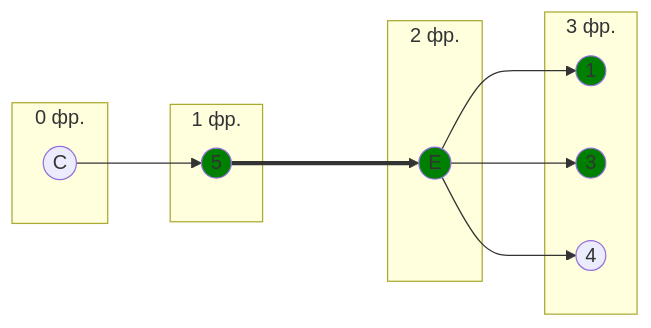
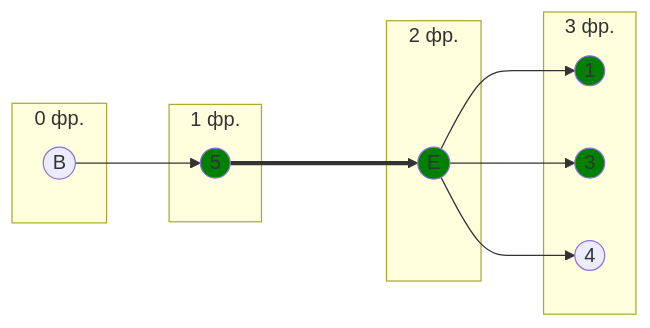
The fifth of 10 diagrams in Задание 14/qwerty.md (hse-algo-psapr-25/manual-tasks), drawn with Mermaid before and after one commit. The commit also changed other lines of this file, not shown here.

````diff
--- a/Задание 14/qwerty.md
+++ b/Задание 14/qwerty.md
@@ -217,25 +217,25 @@
 ```mermaid
 graph LR
     subgraph " 0 фр."
-        C((C))
+        B((B))
     end
     subgraph " 1 фр."
         5((5))
     end
     subgraph " 2 фр."
         E((E))
     end
     subgraph " 3 фр."
         1((1))
         3((3))
         4((4))
     end
-    C --> 5 ===> E --> 1
+    B --> 5 ===> E --> 1
     E --> 3
     E --> 4
     
     style E fill:#008000
     style 5 fill:#008000
     style 1 fill:#008000
     style 3 fill:#008000
 ```
````
